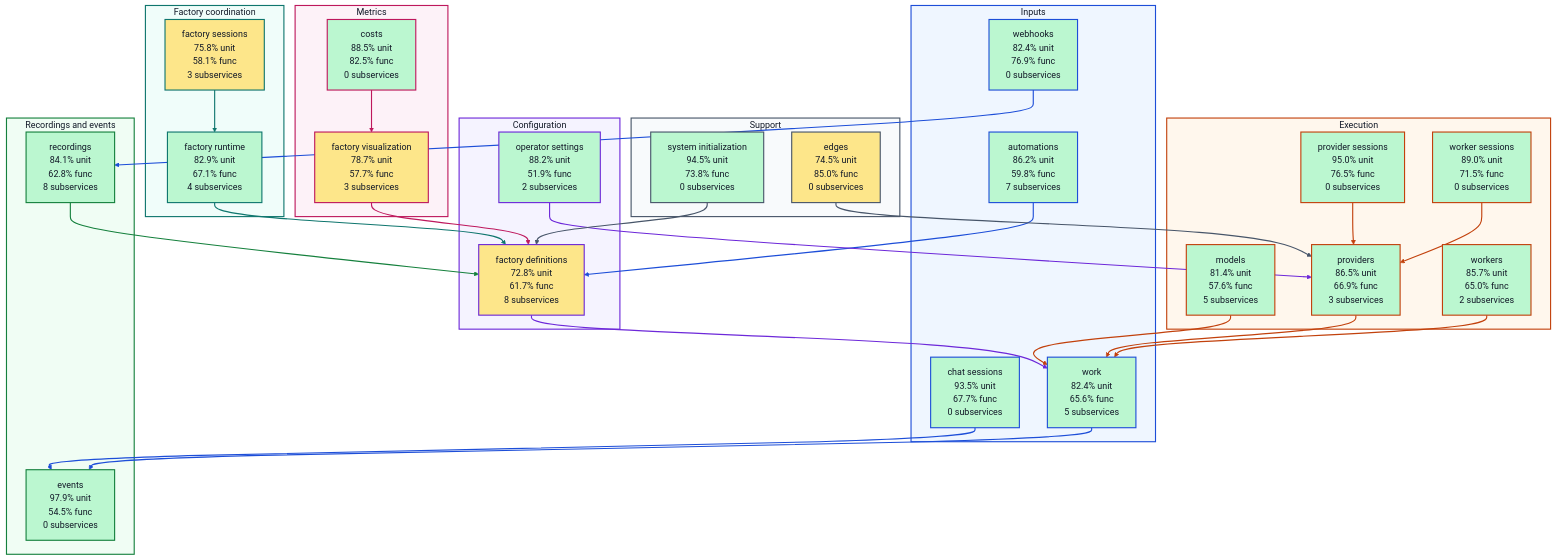
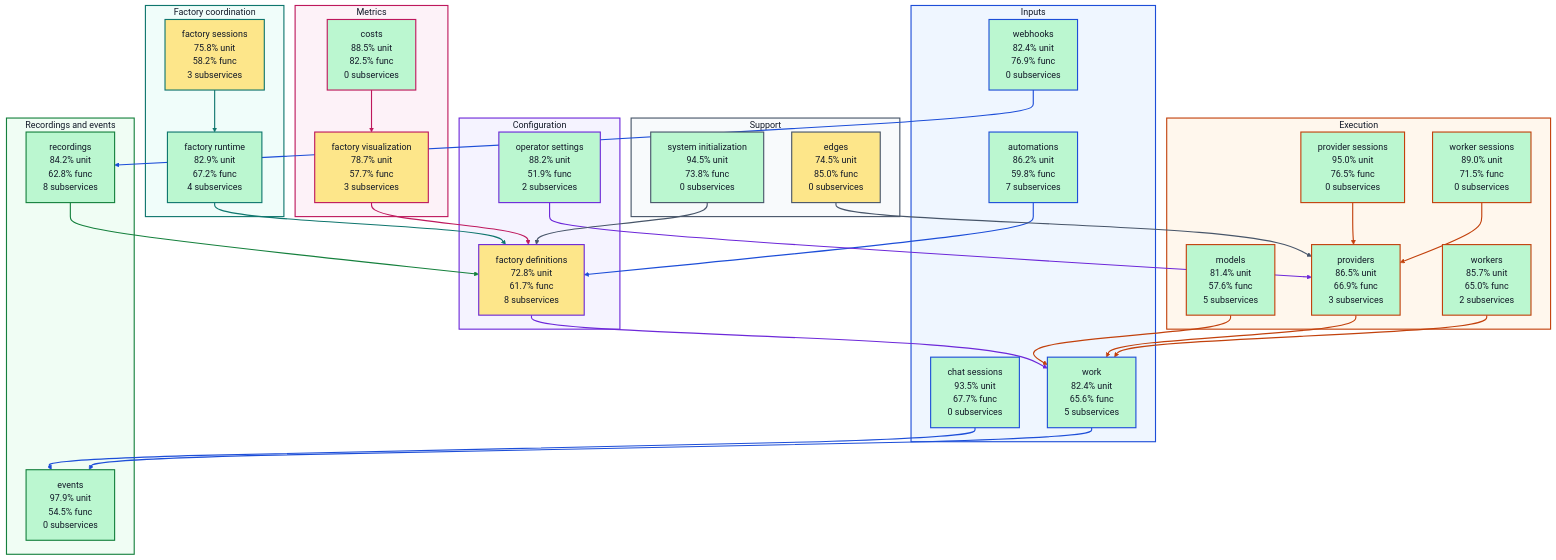
The diagram in docs/architecture/visualizations/high-level-test-coverage.md (portpowered/you-agent-factory), drawn with Mermaid before and after one commit. The commit also changed other lines of this file and 20 other files, not shown here.

Commit message:
docs: refresh backend architecture visualizations

```diff
--- a/docs/architecture/visualizations/high-level-test-coverage.md
+++ b/docs/architecture/visualizations/high-level-test-coverage.md
@@ -21,8 +21,8 @@
     s_services_operator_settings["operator settings<br/>88.2% unit<br/>51.9% func<br/>2 subservices"]
   end
   subgraph coordination["Factory coordination"]
-    s_services_factory_runtime["factory runtime<br/>82.9% unit<br/>67.1% func<br/>4 subservices"]
-    s_services_factory_sessions["factory sessions<br/>75.8% unit<br/>58.1% func<br/>3 subservices"]
+    s_services_factory_runtime["factory runtime<br/>82.9% unit<br/>67.2% func<br/>4 subservices"]
+    s_services_factory_sessions["factory sessions<br/>75.8% unit<br/>58.2% func<br/>3 subservices"]
   end
   subgraph execution["Execution"]
     s_services_models["models<br/>81.4% unit<br/>57.6% func<br/>5 subservices"]
@@ -33,7 +33,7 @@
   end
   subgraph recordings["Recordings and events"]
     s_services_events["events<br/>97.9% unit<br/>54.5% func<br/>0 subservices"]
-    s_services_recordings["recordings<br/>84.1% unit<br/>62.8% func<br/>8 subservices"]
+    s_services_recordings["recordings<br/>84.2% unit<br/>62.8% func<br/>8 subservices"]
   end
   subgraph metrics["Metrics"]
     s_services_costs["costs<br/>88.5% unit<br/>82.5% func<br/>0 subservices"]
```
